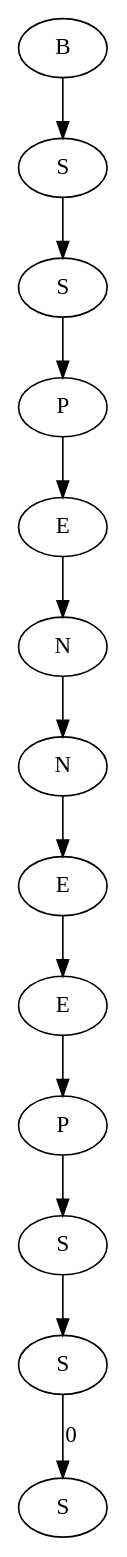
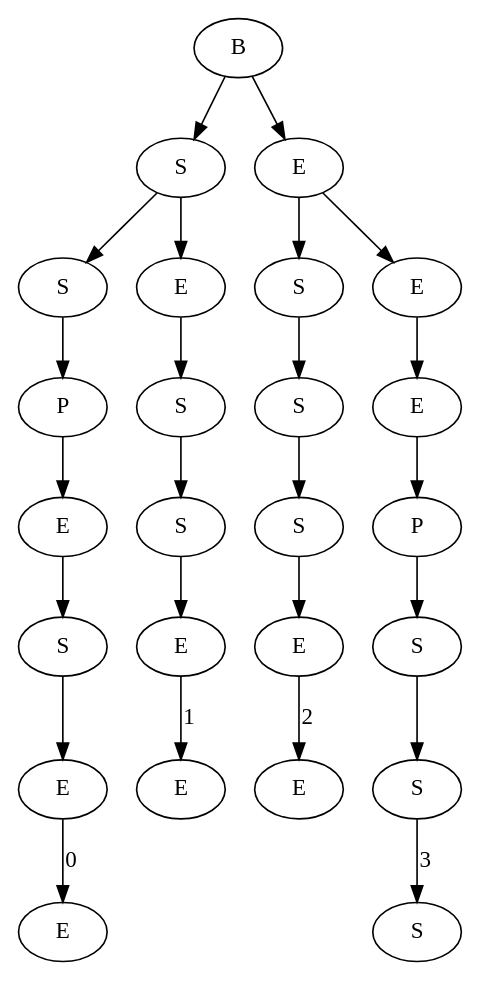
The diagram in Tom and Jerry/viz.dot (Iliyan0411/Data-Structures), drawn with Graphviz before and after one commit.

```diff
--- a/Tom and Jerry/viz.dot
+++ b/Tom and Jerry/viz.dot
@@ -1,27 +1,51 @@
 digraph G{
-7911488[label="S"]
-7911456[label="S"]
-7911456->7911488[label=0];
-7912160[label="S"]
-7912160->7911456;
-7912096[label="P"]
-7912096->7912160;
-7912064[label="E"]
-7912064->7912096;
-7911680[label="E"]
-7911680->7912064;
-7911552[label="N"]
-7911552->7911680;
-7912000[label="N"]
-7912000->7911552;
-7912032[label="E"]
-7912032->7912000;
-7911712[label="P"]
-7911712->7912032;
-7912352[label="S"]
-7912352->7911712;
-7912224[label="S"]
-7912224->7912352;
-7911936[label="B"]
-7911936->7912224;
+8239576[label="E"]
+8239224[label="E"]
+8239224->8239576[label=0];
+8239160[label="S"]
+8239160->8239224;
+8239384[label="E"]
+8239384->8239160;
+8239928[label="P"]
+8239928->8239384;
+8239864[label="S"]
+8239864->8239928;
+8239448[label="E"]
+8239256[label="E"]
+8239256->8239448[label=1];
+8239416[label="S"]
+8239416->8239256;
+8239640[label="S"]
+8239640->8239416;
+8239608[label="E"]
+8239608->8239640;
+8239512[label="S"]
+8239512->8239864;
+8239512->8239608;
+8243640[label="E"]
+8243288[label="E"]
+8243288->8243640[label=2];
+8242968[label="S"]
+8242968->8243288;
+8243672[label="S"]
+8243672->8242968;
+8239832[label="S"]
+8239832->8243672;
+8243160[label="S"]
+8242840[label="S"]
+8242840->8243160[label=3];
+8243544[label="S"]
+8243544->8242840;
+8243000[label="P"]
+8243000->8243544;
+8243224[label="E"]
+8243224->8243000;
+8243736[label="E"]
+8243736->8243224;
+8239704[label="E"]
+8239704->8239832;
+8239704->8243736;
+8240088[label="B"]
+8240088->8239512;
+8240088->8239704;
 }
```
